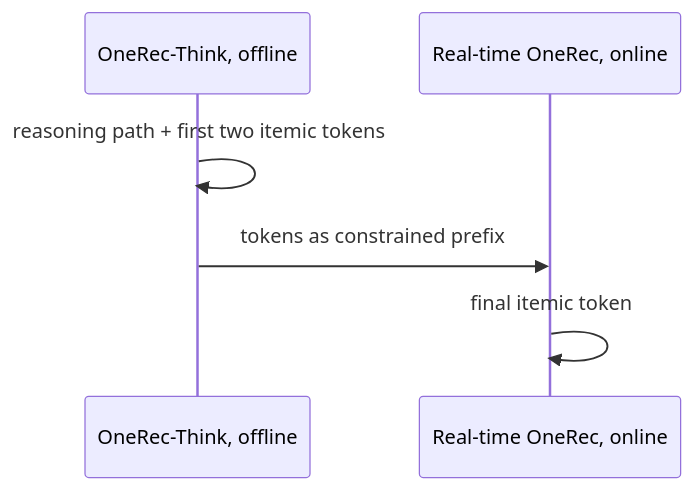
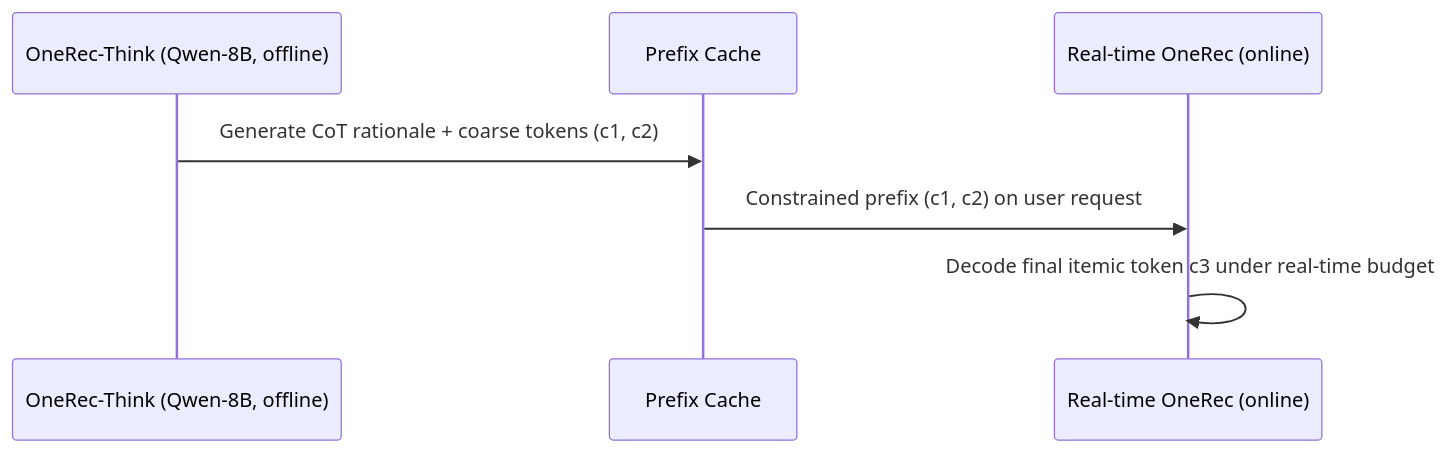
Before and after one commit to Galaxy-ghost/Awesome-SID-Generative-Rec: the second of 2 diagrams in notes/onerec-think.md, drawn with Mermaid. The commit also changed other lines of this file and 649 other files, not shown here.

Commit message:
writer-05: also tags and modality index (schema, check, build, visuals); summary field removed; calibration data for 12 papers

````diff
--- a/notes/onerec-think.md
+++ b/notes/onerec-think.md
@@ -44,8 +49,9 @@
 ```mermaid
 sequenceDiagram
-    participant Offline as OneRec-Think, offline
-    participant Online as Real-time OneRec, online
-    Offline->>Offline: reasoning path + first two itemic tokens
-    Offline->>Online: tokens as constrained prefix
-    Online->>Online: final itemic token
+    participant Offline as OneRec-Think (Qwen-8B, offline)
+    participant Cache as Prefix Cache
+    participant Online as Real-time OneRec (online)
+    Offline->>Cache: Generate CoT rationale + coarse tokens (c1, c2)
+    Cache->>Online: Constrained prefix (c1, c2) on user request
+    Online->>Online: Decode final itemic token c3 under real-time budget
 ```
````
